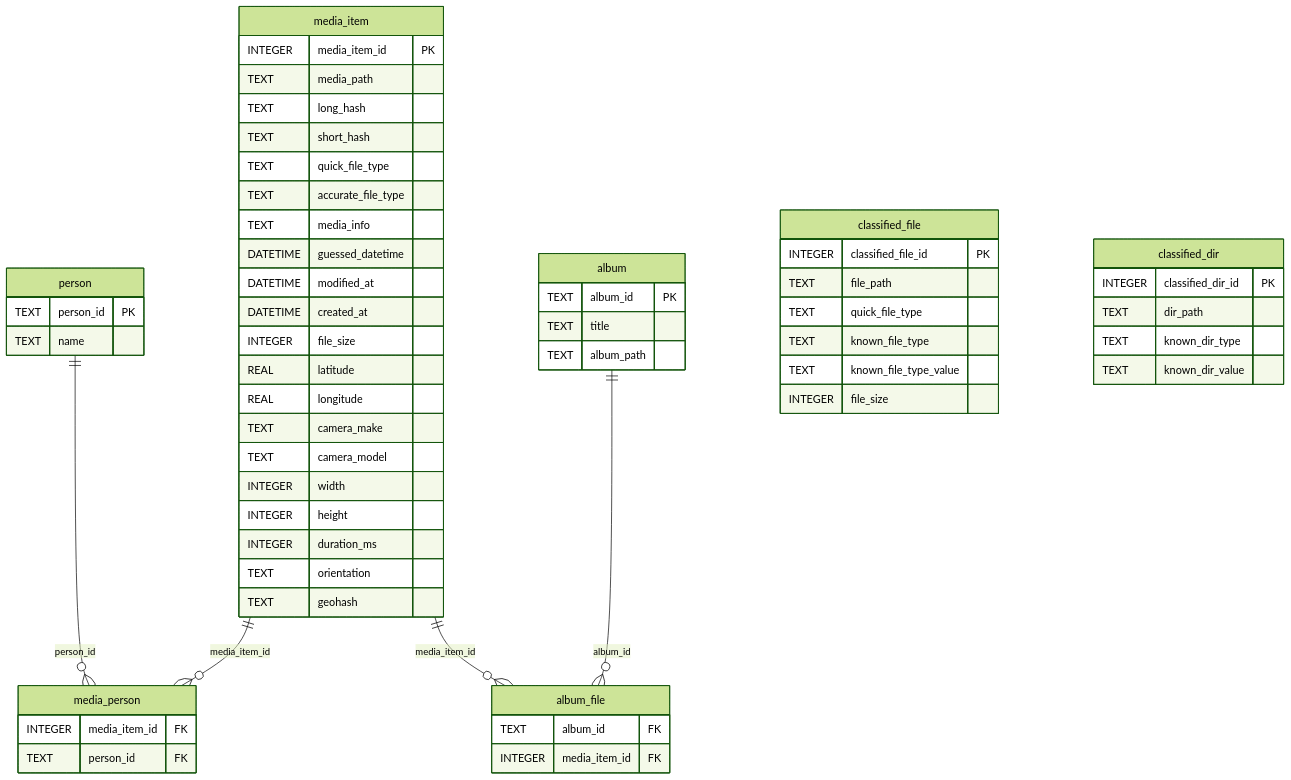
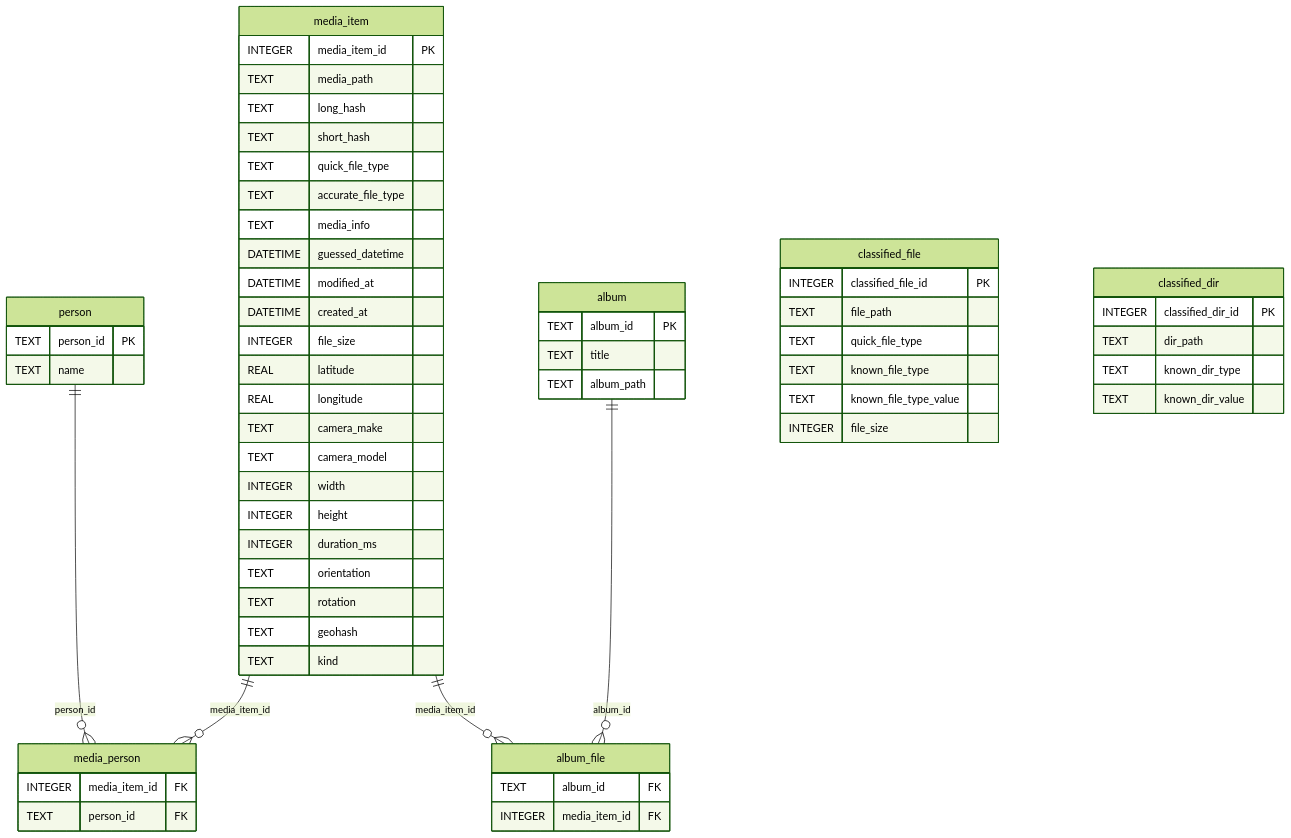
One commit to paultuckey/ptsync changed the diagram in docs/db-schema.md. Above: the diagram before and after it, drawn with Mermaid (forest theme). The commit also changed 4 other files, not shown here.

````diff
--- a/docs/db-schema.md
+++ b/docs/db-schema.md
@@ -6,60 +6,62 @@
 ```mermaid
 erDiagram
     media_item ||--o{ media_person : "media_item_id"
     person ||--o{ media_person : "person_id"
     album ||--o{ album_file : "album_id"
     media_item ||--o{ album_file : "media_item_id"
     media_item {
         INTEGER media_item_id PK
         TEXT media_path
         TEXT long_hash
         TEXT short_hash
         TEXT quick_file_type
         TEXT accurate_file_type
         TEXT media_info
         DATETIME guessed_datetime
         DATETIME modified_at
         DATETIME created_at
         INTEGER file_size
         REAL latitude
         REAL longitude
         TEXT camera_make
         TEXT camera_model
         INTEGER width
         INTEGER height
         INTEGER duration_ms
         TEXT orientation
+        TEXT rotation
         TEXT geohash
+        TEXT kind
     }
     person {
         TEXT person_id PK
         TEXT name
     }
     media_person {
         INTEGER media_item_id FK
         TEXT person_id FK
     }
     album {
         TEXT album_id PK
         TEXT title
         TEXT album_path
     }
     album_file {
         TEXT album_id FK
         INTEGER media_item_id FK
     }
     classified_file {
         INTEGER classified_file_id PK
         TEXT file_path
         TEXT quick_file_type
         TEXT known_file_type
         TEXT known_file_type_value
         INTEGER file_size
     }
     classified_dir {
         INTEGER classified_dir_id PK
         TEXT dir_path
         TEXT known_dir_type
         TEXT known_dir_value
     }
 ```
````
